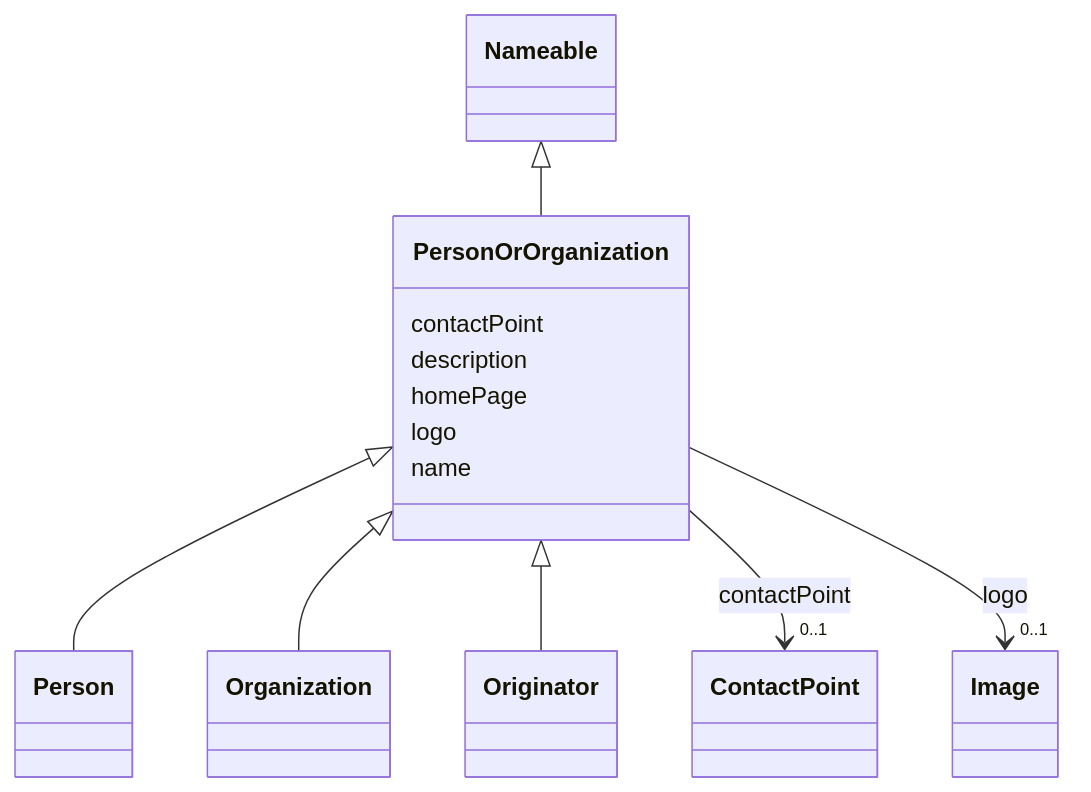
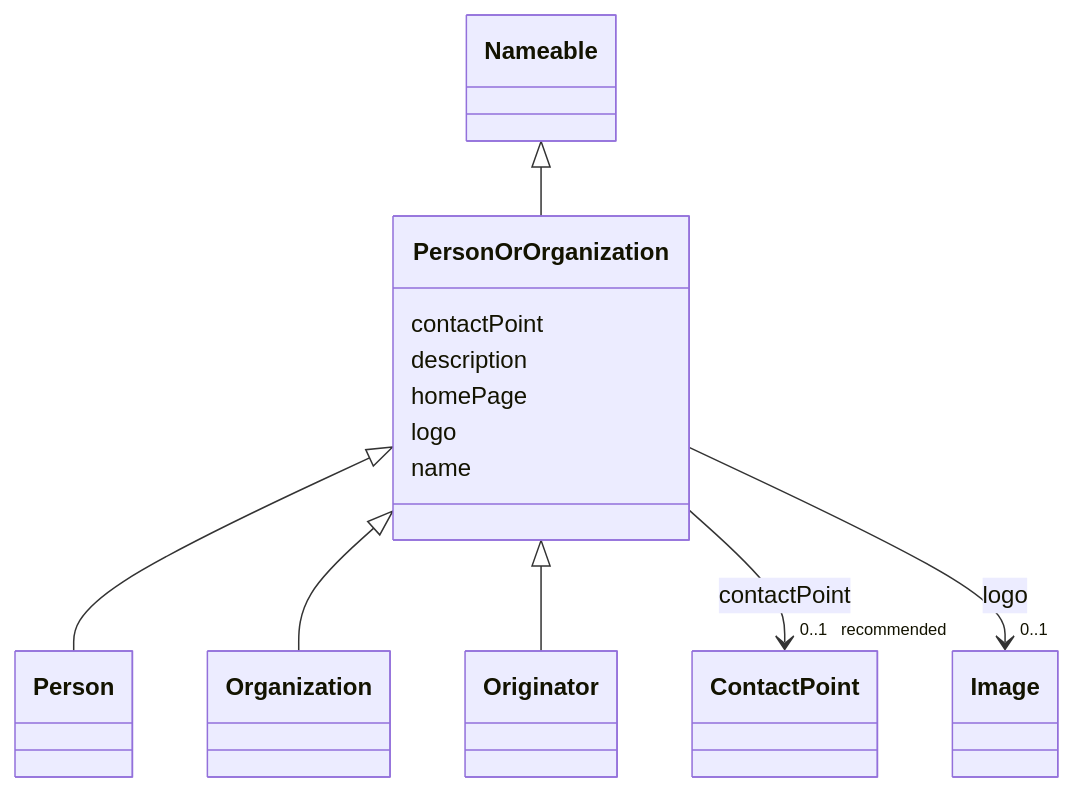
The diagram in models/docs/PersonOrOrganization.md (EVORA-project/evora-ontology), drawn with Mermaid before and after one commit. The commit also changed other lines of this file and 1187 other files, not shown here.

````diff
--- a/models/docs/PersonOrOrganization.md
+++ b/models/docs/PersonOrOrganization.md
@@ -19,42 +19,42 @@
 ```mermaid
  classDiagram
     class PersonOrOrganization
     click PersonOrOrganization href "../PersonOrOrganization"
       Nameable <|-- PersonOrOrganization
         click Nameable href "../Nameable"
       
 
       PersonOrOrganization <|-- Person
         click Person href "../Person"
       PersonOrOrganization <|-- Organization
         click Organization href "../Organization"
       PersonOrOrganization <|-- Originator
         click Originator href "../Originator"
       
       
       PersonOrOrganization : contactPoint
         
           
     
     
-    PersonOrOrganization --> "0..1" ContactPoint : contactPoint
+    PersonOrOrganization --> "0..1 _recommended_" ContactPoint : contactPoint
     click ContactPoint href "../ContactPoint"
 
         
       PersonOrOrganization : description
         
       PersonOrOrganization : homePage
         
       PersonOrOrganization : logo
         
           
     
     
     PersonOrOrganization --> "0..1" Image : logo
     click Image href "../Image"
 
         
       PersonOrOrganization : name
         
       
 ```
````
